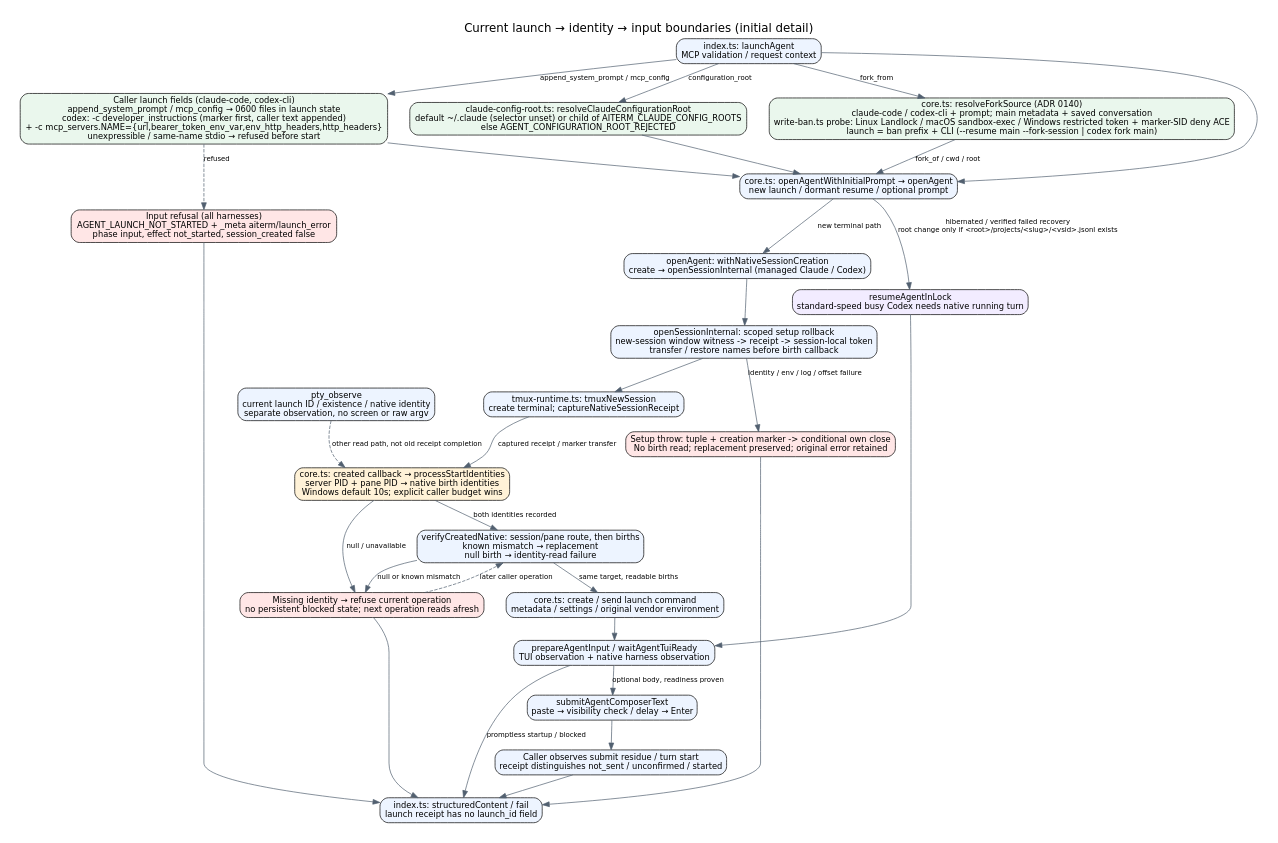
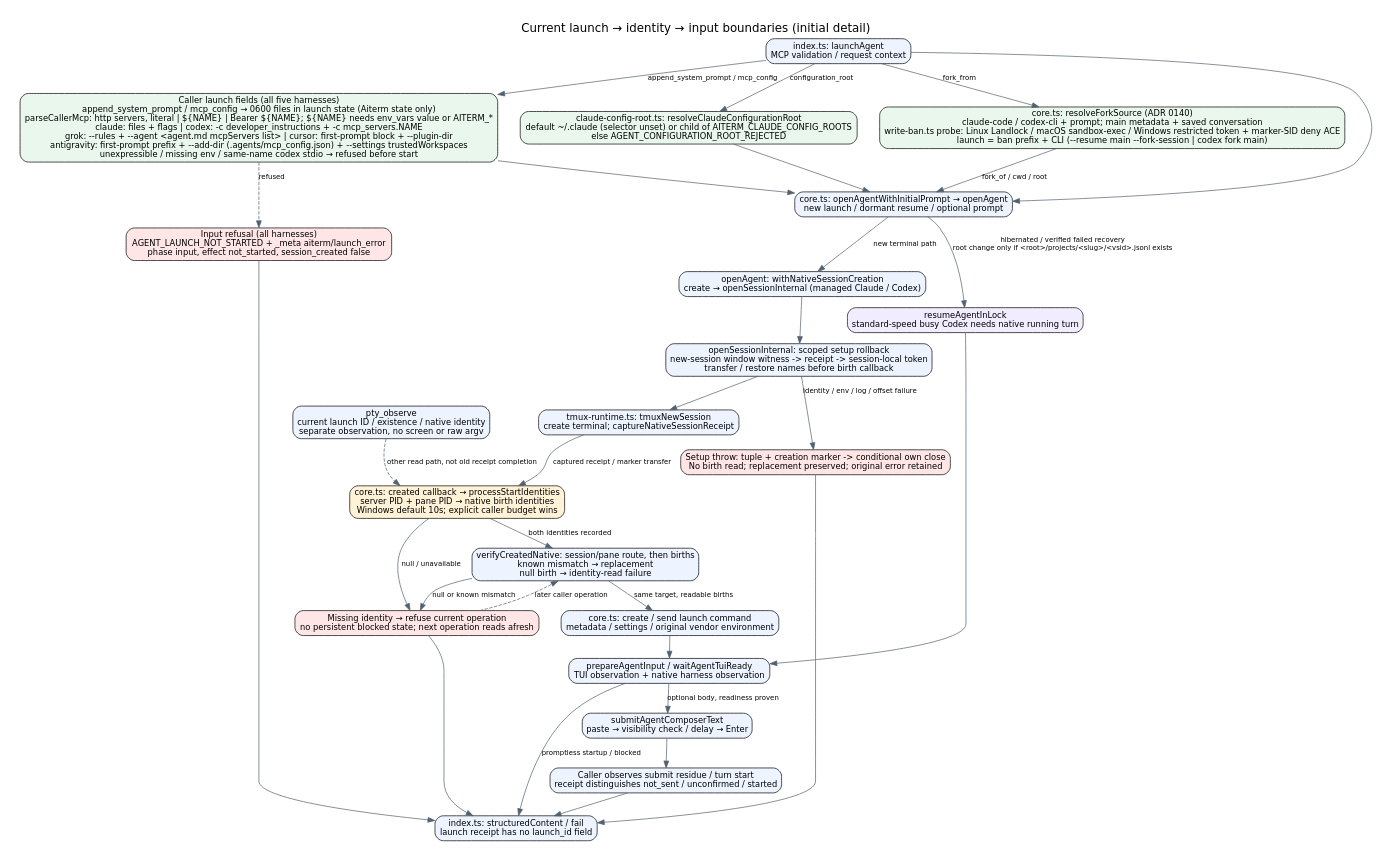
One commit to kitepon/aiterm-mcp changed the diagram in docs/architecture/launch-identity-input.dot. Above: the diagram before and after it, drawn with Graphviz. The commit also changed 13 other files, not shown here.

First line of the commit message:
Let grok, cursor and antigravity take append_system_prompt and mcp_config

```diff
--- a/docs/architecture/launch-identity-input.dot
+++ b/docs/architecture/launch-identity-input.dot
@@ -1,38 +1,38 @@
 digraph launch {
  graph [rankdir=TB,bgcolor="white",pad=0.3,nodesep=0.45,ranksep=0.45,label="Current launch → identity → input boundaries (initial detail)",labelloc=t,fontname="DejaVu Sans",fontsize=17];
  node [shape=box,style="rounded,filled",fillcolor="#edf4ff",fontname="DejaVu Sans",fontsize=12];
  edge [fontname="DejaVu Sans",fontsize=10,color="#526070"];
  request [label="index.ts: launchAgent\nMCP validation / request context"];
  root [label="claude-config-root.ts: resolveClaudeConfigurationRoot\ndefault ~/.claude (selector unset) or child of AITERM_CLAUDE_CONFIG_ROOTS\nelse AGENT_CONFIGURATION_ROOT_REJECTED",fillcolor="#eaf7ed"];
  fork [label="core.ts: resolveForkSource (ADR 0140)\nclaude-code / codex-cli + prompt; main metadata + saved conversation\nwrite-ban.ts probe: Linux Landlock / macOS sandbox-exec / Windows restricted token + marker-SID deny ACE\nlaunch = ban prefix + CLI (--resume main --fork-session | codex fork main)",fillcolor="#eaf7ed"];
- caller [label="Caller launch fields (claude-code, codex-cli)\nappend_system_prompt / mcp_config → 0600 files in launch state\ncodex: -c developer_instructions (marker first, caller text appended)\n+ -c mcp_servers.NAME={url,bearer_token_env_var,env_http_headers,http_headers}\nunexpressible / same-name stdio → refused before start",fillcolor="#eaf7ed"];
+ caller [label="Caller launch fields (all five harnesses)\nappend_system_prompt / mcp_config → 0600 files in launch state (Aiterm state only)\nparseCallerMcp: http servers, literal | ${NAME} | Bearer ${NAME}; ${NAME} needs env_vars value or AITERM_*\nclaude: files + flags | codex: -c developer_instructions + -c mcp_servers.NAME\ngrok: --rules + --agent <agent.md mcpServers list> | cursor: first-prompt block + --plugin-dir\nantigravity: first-prompt prefix + --add-dir (.agents/mcp_config.json) + --settings trustedWorkspaces\nunexpressible / missing env / same-name codex stdio → refused before start",fillcolor="#eaf7ed"];
  inputref [label="Input refusal (all harnesses)\nAGENT_LAUNCH_NOT_STARTED + _meta aiterm/launch_error\nphase input, effect not_started, session_created false",fillcolor="#ffe6e6"];
  entry [label="core.ts: openAgentWithInitialPrompt → openAgent\nnew launch / dormant resume / optional prompt"];
  create [label="openAgent: withNativeSessionCreation\ncreate → openSessionInternal (managed Claude / Codex)"];
  mux [label="tmux-runtime.ts: tmuxNewSession\ncreate terminal; captureNativeSessionReceipt"];
  identity [label="core.ts: created callback → processStartIdentities\nserver PID + pane PID → native birth identities\nWindows default 10s; explicit caller budget wins",fillcolor="#fff2d7"];
  verify [label="verifyCreatedNative: session/pane route, then births\nknown mismatch → replacement\nnull birth → identity-read failure"];
  fail [label="Missing identity → refuse current operation\nno persistent blocked state; next operation reads afresh",fillcolor="#ffe6e6"];
  launch [label="core.ts: create / send launch command\nmetadata / settings / original vendor environment"];
  ready [label="prepareAgentInput / waitAgentTuiReady\nTUI observation + native harness observation"];
  resume [label="resumeAgentInLock\nstandard-speed busy Codex needs native running turn",fillcolor="#f2ecff"];
  input [label="submitAgentComposerText\npaste → visibility check / delay → Enter"];
  after [label="Caller observes submit residue / turn start\nreceipt distinguishes not_sent / unconfirmed / started"];
  receipt [label="index.ts: structuredContent / fail\nlaunch receipt has no launch_id field"];
  observe [label="pty_observe\ncurrent launch ID / existence / native identity\nseparate observation, no screen or raw argv"];
  request -> caller [label="append_system_prompt / mcp_config"];caller -> entry;caller -> inputref [label="refused",style=dashed];inputref -> receipt;request -> root [label="configuration_root"];root -> entry;request -> entry;request -> fork [label="fork_from"];fork -> entry [label="fork_of / cwd / root"];entry -> create [label="new terminal path"];entry -> resume [label="hibernated / verified failed recovery\nroot change only if <root>/projects/<slug>/<vsid>.jsonl exists"];
  setup [label="openSessionInternal: scoped setup rollback\nnew-session window witness -> receipt -> session-local token\ntransfer / restore names before birth callback"];
  rollback_setup [label="Setup throw: tuple + creation marker -> conditional own close\nNo birth read; replacement preserved; original error retained",fillcolor="#ffe6e6"];
  create -> setup;setup -> mux;mux -> identity [label="captured receipt / marker transfer"];
  setup -> rollback_setup [label="identity / env / log / offset failure"];
  rollback_setup -> receipt;
  identity -> fail [label="null / unavailable"];fail -> receipt;
  identity -> verify [label="both identities recorded"];
  verify -> launch [label="same target, readable births"];
  verify -> fail [label="null or known mismatch"];
  fail -> verify [label="later caller operation",style=dashed];
  launch -> ready;resume -> ready;ready -> input [label="optional body, readiness proven"];
  ready -> receipt [label="promptless startup / blocked"];
  input -> after;after -> receipt;
  observe -> identity [label="other read path, not old receipt completion",style=dashed];
 }
```
